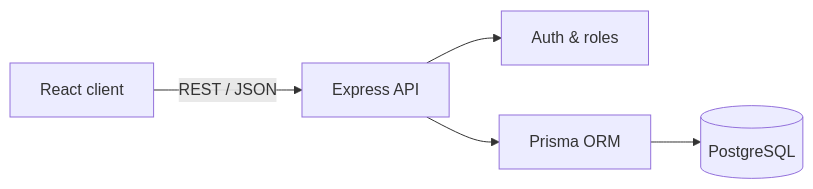
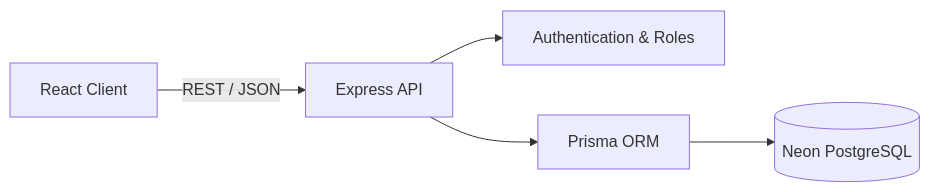
The diagram in README.md (munazza-shan-web/clientflow-pern), drawn with Mermaid before and after one commit. The commit also changed other lines of this file, not shown here.

````diff
--- a/README.md
+++ b/README.md
@@ -20,7 +55,7 @@
 ```mermaid
 flowchart LR
-  A[React client] -->|REST / JSON| B[Express API]
-  B --> C[Auth & roles]
+  A[React Client] -->|REST / JSON| B[Express API]
+  B --> C[Authentication & Roles]
   B --> D[Prisma ORM]
-  D --> E[(PostgreSQL)]
+  D --> E[(Neon PostgreSQL)]
 ```
````
